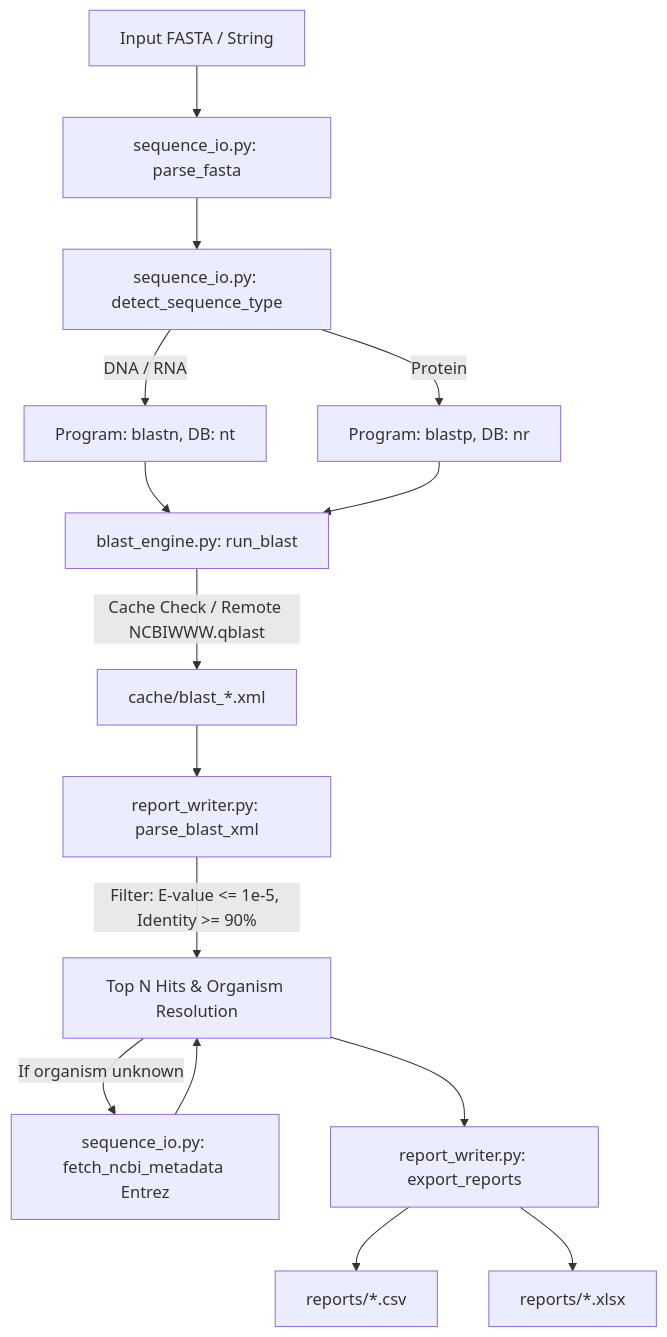
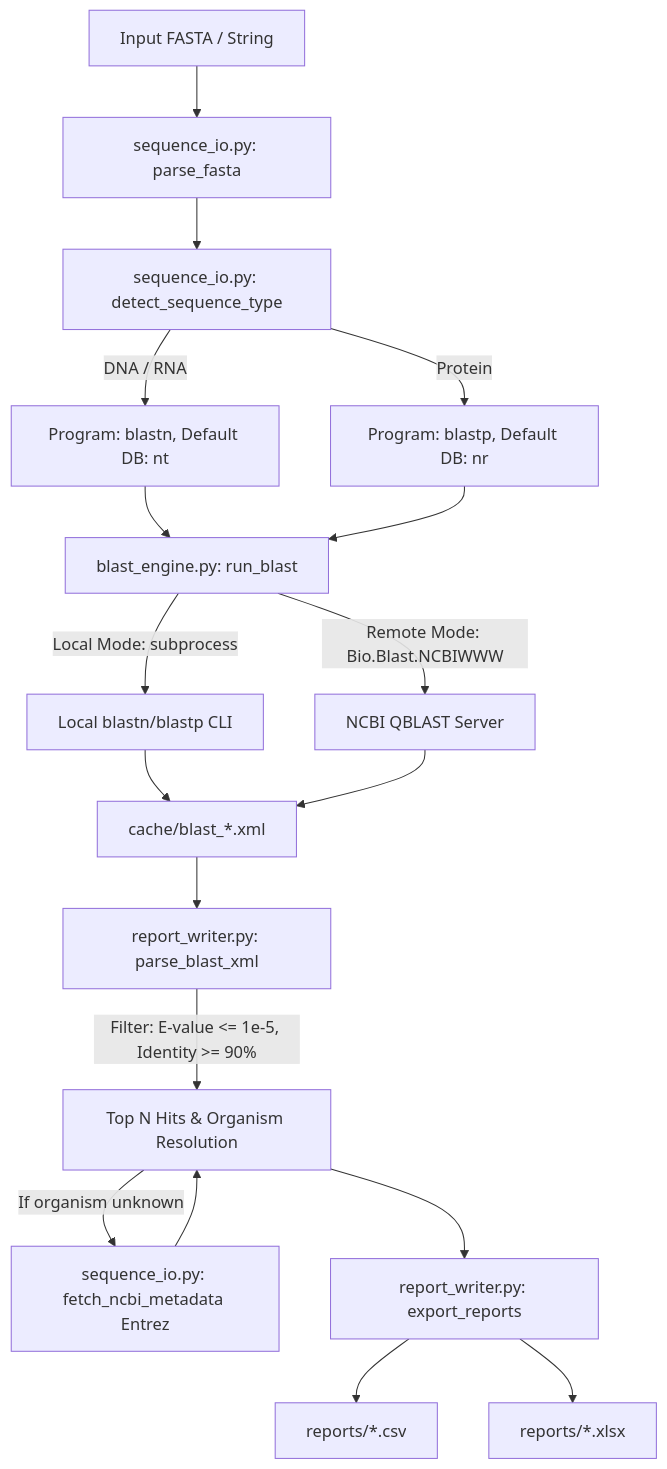
One commit to nexagen-bioinfo/Mystery-Sequence-Identifier-and-BLAST-Automation changed the diagram in wiki/synthesis/Pipeline-Architecture.md. Above: the diagram before and after it, drawn with Mermaid. The commit also changed other lines of this file and 18 other files, not shown here.

Commit message:
feat(wiki+engine): ingest alignment papers, add local BLAST+ support, test suite & synthesis

````diff
--- a/wiki/synthesis/Pipeline-Architecture.md
+++ b/wiki/synthesis/Pipeline-Architecture.md
@@ -21,17 +22,20 @@
 ```mermaid
 flowchart TD
     A[Input FASTA / String] --> B[sequence_io.py: parse_fasta]
     B --> C[sequence_io.py: detect_sequence_type]
-    C -->|DNA / RNA| D[Program: blastn, DB: nt]
-    C -->|Protein| E[Program: blastp, DB: nr]
+    C -->|DNA / RNA| D[Program: blastn, Default DB: nt]
+    C -->|Protein| E[Program: blastp, Default DB: nr]
     D --> F[blast_engine.py: run_blast]
     E --> F
-    F -->|Cache Check / Remote NCBIWWW.qblast| G[cache/blast_*.xml]
+    F -->|Local Mode: subprocess| F1[Local blastn/blastp CLI]
+    F -->|Remote Mode: Bio.Blast.NCBIWWW| F2[NCBI QBLAST Server]
+    F1 --> G[cache/blast_*.xml]
+    F2 --> G
     G --> H[report_writer.py: parse_blast_xml]
     H -->|Filter: E-value <= 1e-5, Identity >= 90%| I[Top N Hits & Organism Resolution]
     I -->|If organism unknown| J[sequence_io.py: fetch_ncbi_metadata Entrez]
     J --> I
     I --> K[report_writer.py: export_reports]
     K --> L[reports/*.csv]
     K --> M[reports/*.xlsx]
 ```
````
